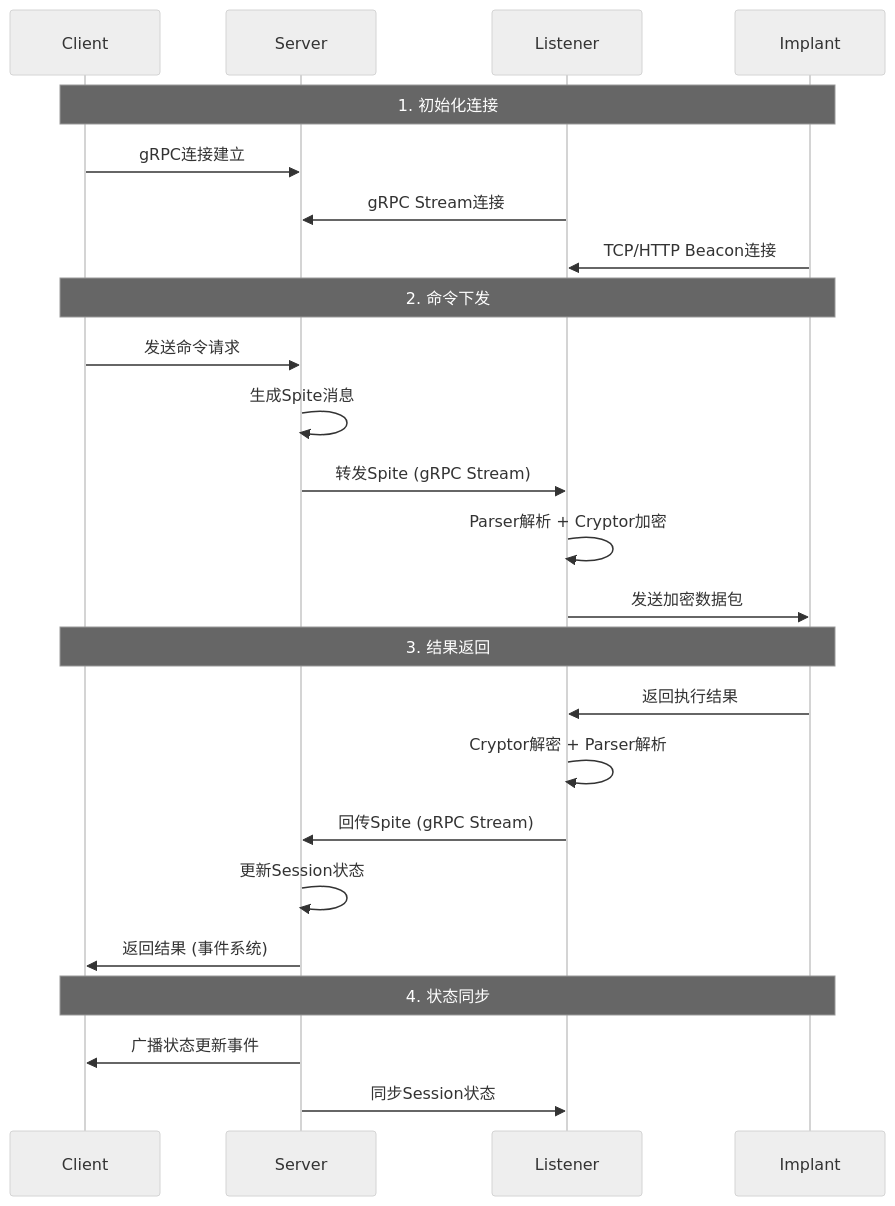
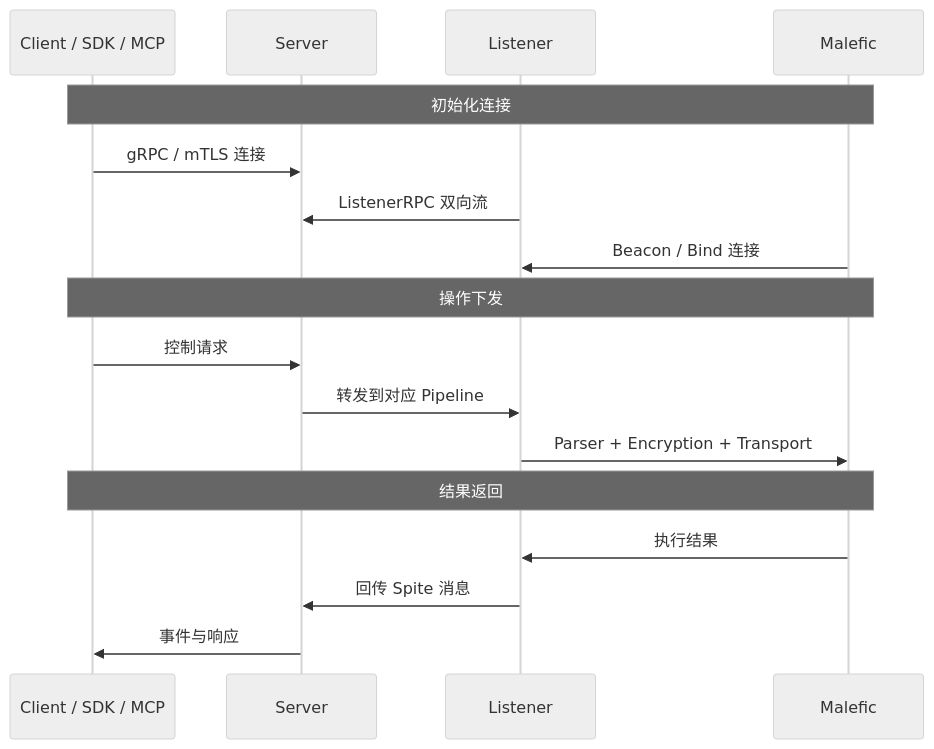
The second of 4 diagrams in docs/concept.md (H1d3r/malice-network), drawn with Mermaid (neutral theme) before and after one commit. The commit also changed other lines of this file and 81 other files, not shown here.

````diff
--- a/docs/concept.md
+++ b/docs/concept.md
@@ -104,30 +95,22 @@
 ```mermaid
 sequenceDiagram
-    participant C as Client
+    participant C as Client / SDK / MCP
     participant S as Server
     participant L as Listener
-    participant I as Implant
-    
-    Note over C,I: 1. 初始化连接
-    C->>S: gRPC连接建立
-    L->>S: gRPC Stream连接
-    I->>L: TCP/HTTP Beacon连接
-    
-    Note over C,I: 2. 命令下发
-    C->>S: 发送命令请求
-    S->>S: 生成Spite消息
-    S->>L: 转发Spite (gRPC Stream)
-    L->>L: Parser解析 + Cryptor加密
-    L->>I: 发送加密数据包
-    
-    Note over C,I: 3. 结果返回
-    I->>L: 返回执行结果
-    L->>L: Cryptor解密 + Parser解析
-    L->>S: 回传Spite (gRPC Stream)
-    S->>S: 更新Session状态
-    S->>C: 返回结果 (事件系统)
-    
-    Note over C,I: 4. 状态同步
-    S->>C: 广播状态更新事件
-    S->>L: 同步Session状态
+    participant I as Malefic
+
+    Note over C,I: 初始化连接
+    C->>S: gRPC / mTLS 连接
+    L->>S: ListenerRPC 双向流
+    I->>L: Beacon / Bind 连接
+
+    Note over C,I: 操作下发
+    C->>S: 控制请求
+    S->>L: 转发到对应 Pipeline
+    L->>I: Parser + Encryption + Transport
+
+    Note over C,I: 结果返回
+    I->>L: 执行结果
+    L->>S: 回传 Spite 消息
+    S->>C: 事件与响应
 ```
````
